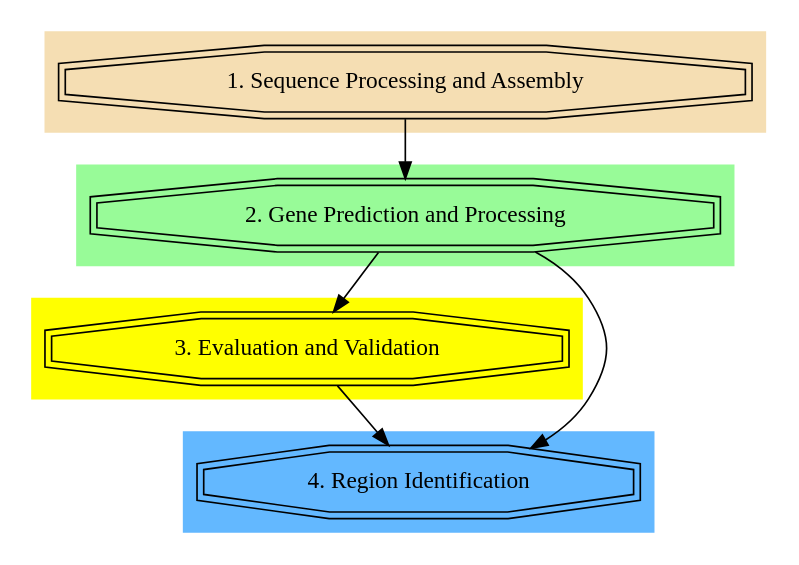
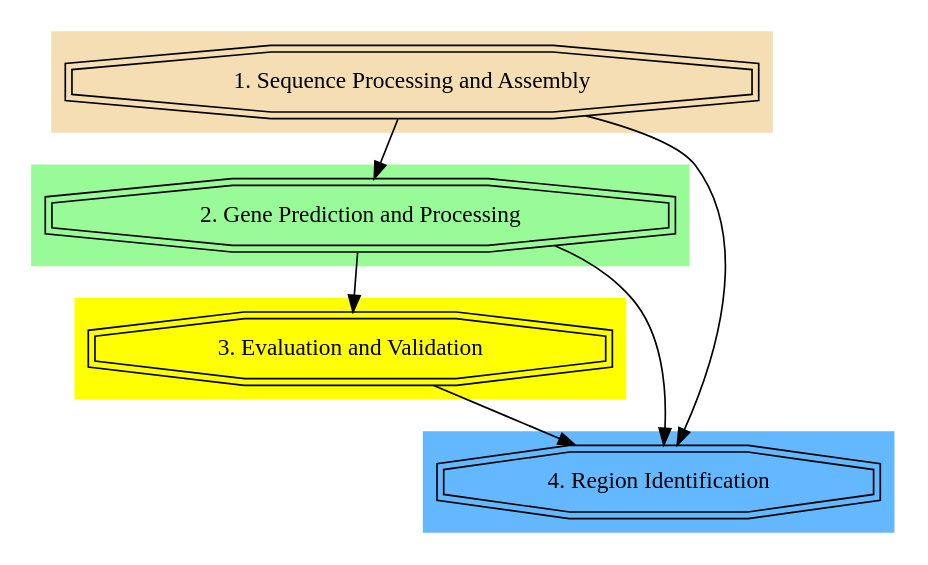
One commit to cbe453/masters changed the diagram in working-thesis/figures/workflow-simple.dot. Above: the diagram before and after it, drawn with Graphviz. The commit also changed 21 other files, not shown here.

```diff
--- a/working-thesis/figures/workflow-simple.dot
+++ b/working-thesis/figures/workflow-simple.dot
@@ -1,30 +1,31 @@
 digraph G{
 	subgraph cluster_0 {
 		 style = filled;
 		 color = wheat;
 		 "1. Sequence Processing and Assembly" [shape = doubleoctagon];
 	}
 
 	subgraph cluster_1 {
 		 style = filled;
 		 color = palegreen;
 		 "2. Gene Prediction and Processing" [shape = doubleoctagon];
 	}
 
 	subgraph cluster_2 {
 		 style = filled;
 		 color = yellow;
 		 "3. Evaluation and Validation" [shape = doubleoctagon];
 	}
 
 	subgraph cluster_3 {
 		 style = filled;
 		 color = steelblue1;
 		 "4. Region Identification" [shape = doubleoctagon];
 	}
 
 	"1. Sequence Processing and Assembly" -> "2. Gene Prediction and Processing";
 	"2. Gene Prediction and Processing" -> "3. Evaluation and Validation";
 	"2. Gene Prediction and Processing" -> "4. Region Identification";
 	"3. Evaluation and Validation" -> "4. Region Identification";
+	"1. Sequence Processing and Assembly" -> "4. Region Identification"; 
 }
```
